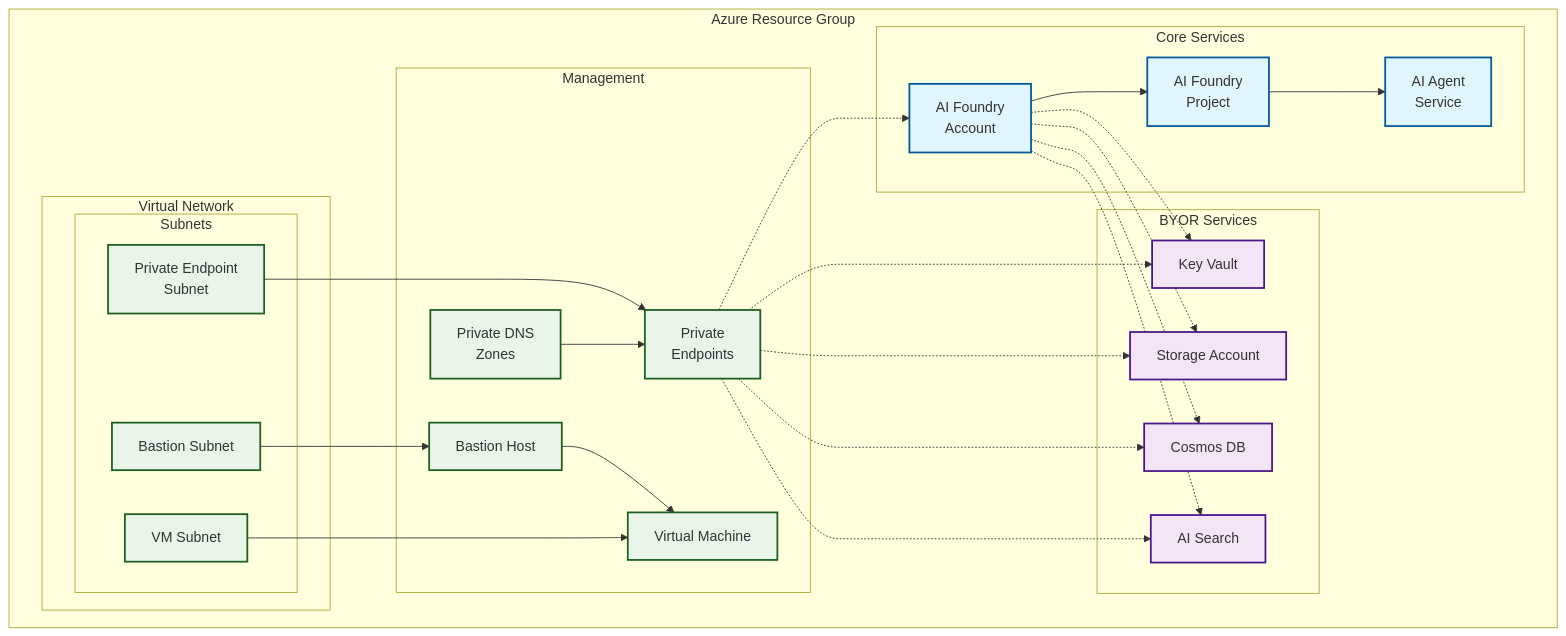
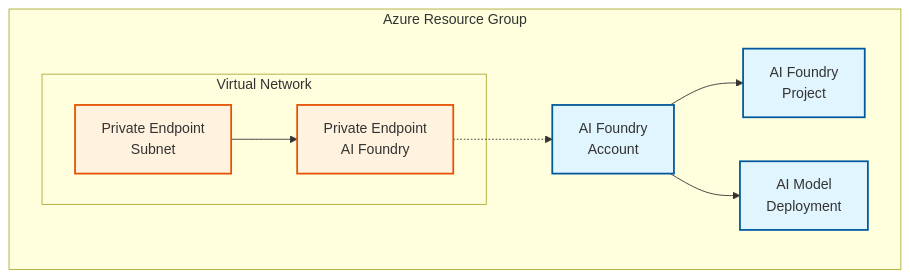
The diagram in examples/private/README.md (Azure/terraform-azurerm-avm-ptn-aiml-ai-foundry), drawn with Mermaid before and after one commit. The commit also changed other lines of this file and 27 other files, not shown here.

````diff
--- a/examples/private/README.md
+++ b/examples/private/README.md
@@ -11,62 +11,23 @@
 ```mermaid
 graph TB
     subgraph "Azure Resource Group"
         subgraph "Virtual Network"
-            subgraph "Subnets"
-                PESNET[Private Endpoint<br/>Subnet]
-                BASSNET[Bastion Subnet]
-                VMSNET[VM Subnet]
-            end
+            PE_SUBNET[Private Endpoint<br/>Subnet]
+            PE_AF[Private Endpoint<br/>AI Foundry]
         end
-        
-        subgraph "Core Services"
-            AF[AI Foundry<br/>Account]
-            AFP[AI Foundry<br/>Project]
-            AFS[AI Agent<br/>Service]
-        end
-        
-        subgraph "BYOR Services"
-            KV[Key Vault]
-            SA[Storage Account]
-            CDB[Cosmos DB]
-            AIS[AI Search]
-        end
-        
-        subgraph "Management"
-            BAS[Bastion Host]
-            VM[Virtual Machine]
-            DNS[Private DNS<br/>Zones]
-            PE[Private<br/>Endpoints]
-        end
+
+        AF[AI Foundry<br/>Account]
+        AFP[AI Foundry<br/>Project]
+        AMD[AI Model<br/>Deployment]
     end
-    
-    %% Core relationships
+
     AF --> AFP
-    AFP --> AFS
-    AF -.-> KV
-    AF -.-> SA
-    AF -.-> CDB
-    AF -.-> AIS
-    
-    %% Private connectivity
-    PE -.-> AF
-    PE -.-> KV
-    PE -.-> SA
-    PE -.-> CDB
-    PE -.-> AIS
-    PESNET --> PE
-    DNS --> PE
-    
-    %% Management access
-    BAS --> VM
-    BASSNET --> BAS
-    VMSNET --> VM
-    
+    AF --> AMD
+    PE_AF -.-> AF
+    PE_SUBNET --> PE_AF
+
     classDef required fill:#e1f5fe,stroke:#01579b,stroke-width:2px
-    classDef byor fill:#f3e5f5,stroke:#4a148c,stroke-width:2px
-    classDef network fill:#e8f5e8,stroke:#1b5e20,stroke-width:2px
-    
-    class AF,AFP,AFS required
-    class KV,SA,CDB,AIS byor
-    class PESNET,BASSNET,VMSNET,BAS,VM,DNS,PE network
+    classDef network fill:#fff3e0,stroke:#e65100,stroke-width:2px
+    class AF,AFP,AMD required
+    class PE_SUBNET,PE_AF network
 ```
````
